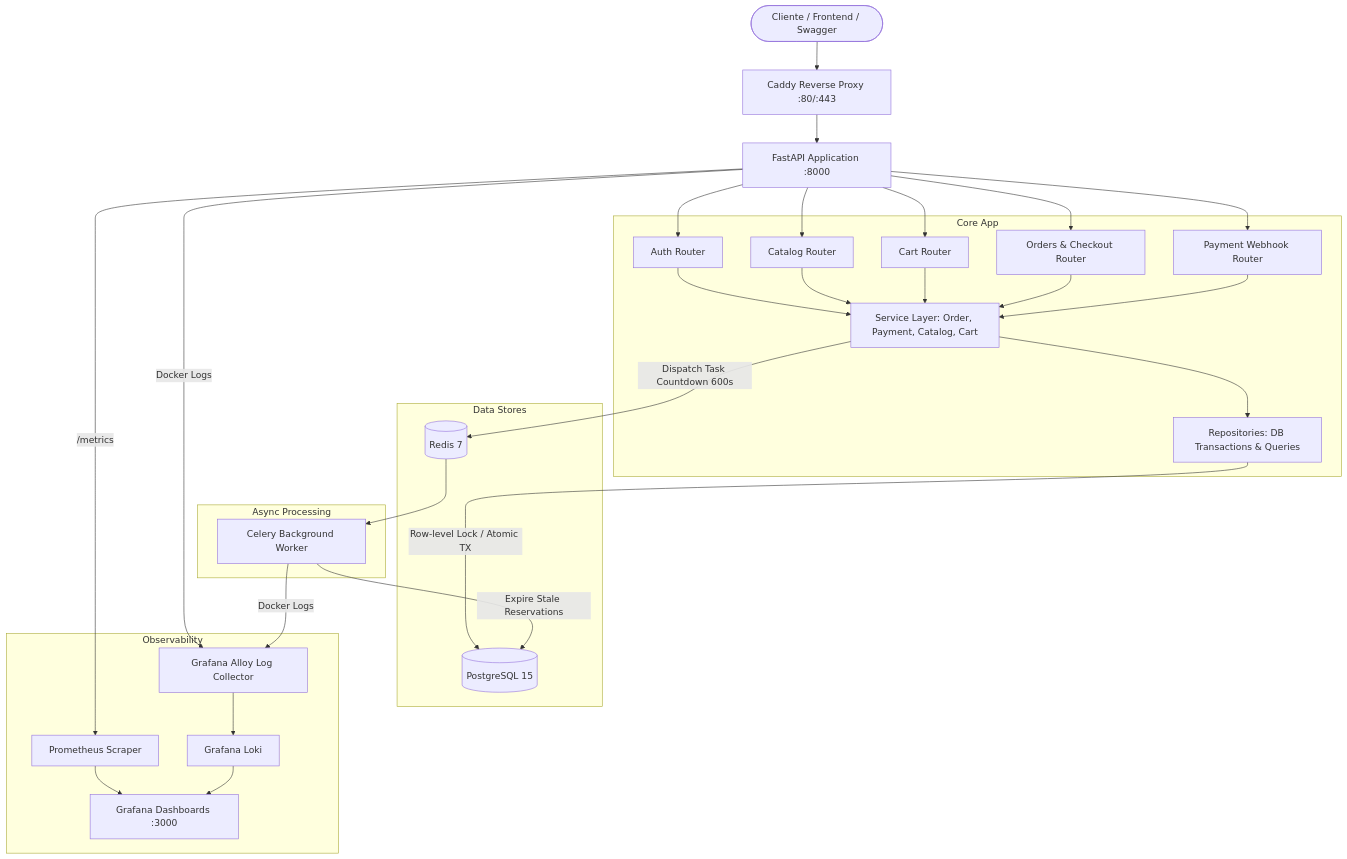
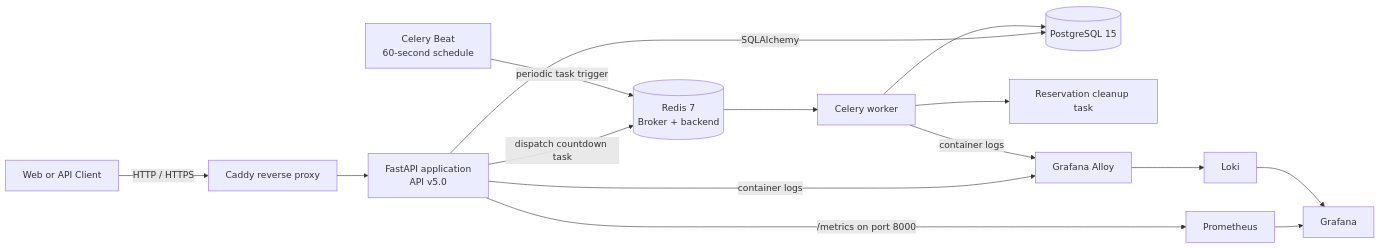
Before and after one commit to AndresPimentel-dev/Marketplace-API: the diagram in README.md, drawn with Mermaid. The commit also changed other lines of this file and 5 other files, not shown here.

````diff
--- a/README.md
+++ b/README.md
@@ -57,48 +80,31 @@
 ```mermaid
-flowchart TD
-    Client([Cliente / Frontend / Swagger])
-    Caddy[Caddy Reverse Proxy :80/:443]
-    FastAPI[FastAPI Application :8000]
-    
-    subgraph Core App
-        AuthRouter[Auth Router]
-        CatalogRouter[Catalog Router]
-        CartRouter[Cart Router]
-        OrderRouter[Orders & Checkout Router]
-        WebhookRouter[Payment Webhook Router]
-        Services[Service Layer: Order, Payment, Catalog, Cart]
-        Repos[Repositories: DB Transactions & Queries]
-    end
+flowchart LR
+    Client[Web or API Client]
+    Caddy[Caddy reverse proxy]
+    API[FastAPI application\nAPI v5.0]
+    DB[(PostgreSQL 15)]
+    Redis[(Redis 7\nBroker + backend)]
+    Worker[Celery worker]
+    Beat[Celery Beat\n60-second schedule]
+    Cleanup[Reservation cleanup task]
+    Prometheus[Prometheus]
+    Alloy[Grafana Alloy]
+    Loki[Loki]
+    Grafana[Grafana]
 
-    subgraph Data Stores
-        PostgreSQL[(PostgreSQL 15)]
-        Redis[(Redis 7)]
-    end
+    Client -->|HTTP / HTTPS| Caddy
+    Caddy --> API
+    API -->|SQLAlchemy| DB
+    API -->|dispatch countdown task| Redis
+    Redis --> Worker
+    Worker --> DB
+    Beat -->|periodic task trigger| Redis
+    Worker --> Cleanup
 
-    subgraph Async Processing
-        CeleryWorker[Celery Background Worker]
-    end
-
-    subgraph Observability
-        Prometheus[Prometheus Scraper]
-        Loki[Grafana Loki]
-        Alloy[Grafana Alloy Log Collector]
-        Grafana[Grafana Dashboards :3000]
-    end
-
-    Client --> Caddy
-    Caddy --> FastAPI
-    FastAPI --> AuthRouter & CatalogRouter & CartRouter & OrderRouter & WebhookRouter
-    AuthRouter & CatalogRouter & CartRouter & OrderRouter & WebhookRouter --> Services
-    Services --> Repos
-    Repos -->|Row-level Lock / Atomic TX| PostgreSQL
-    Services -->|Dispatch Task Countdown 600s| Redis
-    Redis --> CeleryWorker
-    CeleryWorker -->|Expire Stale Reservations| PostgreSQL
-    
-    FastAPI -->|/metrics| Prometheus
+    API -->|/metrics on port 8000| Prometheus
     Prometheus --> Grafana
-    FastAPI & CeleryWorker -->|Docker Logs| Alloy
+    API -->|container logs| Alloy
+    Worker -->|container logs| Alloy
     Alloy --> Loki
     Loki --> Grafana
 ```
````
